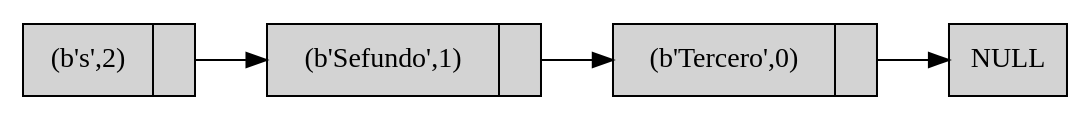
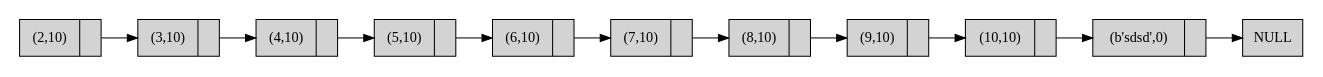
Before and after one commit to SelvinLP/EDD_1S2019_P1_201701133: the diagram in EDD_201701133_Punt0.dot, drawn with Graphviz. The commit also changed 9 other files, not shown here.

```diff
--- a/EDD_201701133_Punt0.dot
+++ b/EDD_201701133_Punt0.dot
@@ -1,8 +1,15 @@
 digraph List { rankdir=LR 
  size="9,9"
 node[shape=record,style=filled] 
 "NULL" [shape=box] 
- "(b's',2)"[label ="{(b's',2)|}"]
- "(b'Sefundo',1)"[label ="{(b'Sefundo',1)|}"]
- "(b'Tercero',0)"[label ="{(b'Tercero',0)|}"]
-  "(b's',2)" ->  "(b'Sefundo',1)" ->  "(b'Tercero',0)" -> "NULL"}
+ "(2,10)"[label ="{(2,10)|}"]
+ "(3,10)"[label ="{(3,10)|}"]
+ "(4,10)"[label ="{(4,10)|}"]
+ "(5,10)"[label ="{(5,10)|}"]
+ "(6,10)"[label ="{(6,10)|}"]
+ "(7,10)"[label ="{(7,10)|}"]
+ "(8,10)"[label ="{(8,10)|}"]
+ "(9,10)"[label ="{(9,10)|}"]
+ "(10,10)"[label ="{(10,10)|}"]
+ "(b'sdsd',0)"[label ="{(b'sdsd',0)|}"]
+  "(2,10)" ->  "(3,10)" ->  "(4,10)" ->  "(5,10)" ->  "(6,10)" ->  "(7,10)" ->  "(8,10)" ->  "(9,10)" ->  "(10,10)" ->  "(b'sdsd',0)" -> "NULL"}
```
